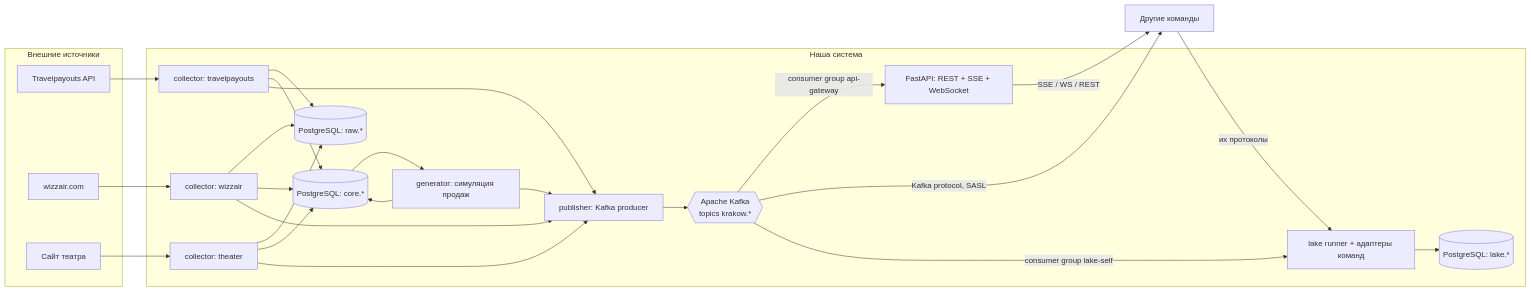
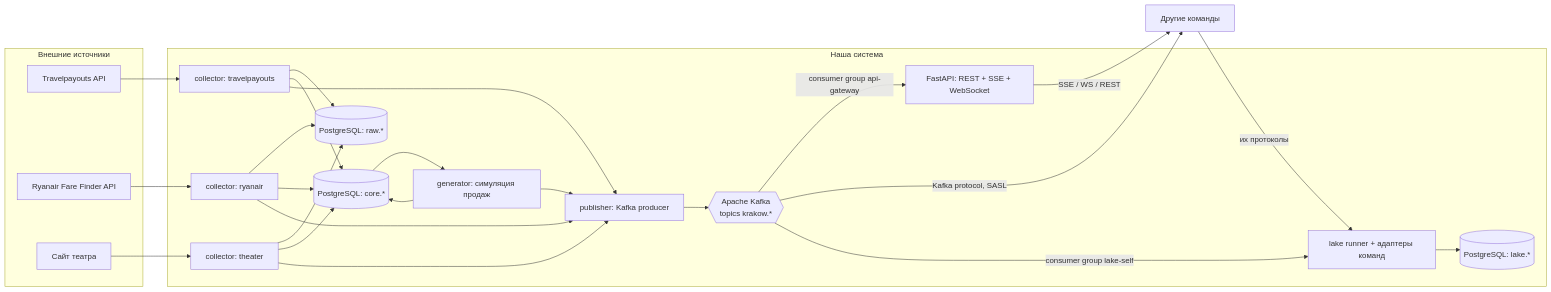
One commit to niktsh/datove_inzinierstvo changed the diagram in docs/ARCHITEKTURA.md. Above: the diagram before and after it, drawn with Mermaid. The commit also changed other lines of this file and 17 other files, not shown here.

First line of the commit message:
Ryanair collector replaces Wizz Air, shared HTTP retry helper

````diff
--- a/docs/ARCHITEKTURA.md
+++ b/docs/ARCHITEKTURA.md
@@ -5,40 +5,40 @@
 ```mermaid
 flowchart LR
   subgraph Sources[Внешние источники]
     TP[Travelpayouts API]
-    WZ[wizzair.com]
+    RY[Ryanair Fare Finder API]
     TH[Сайт театра]
   end
 
   subgraph Us[Наша система]
     C1[collector: travelpayouts]
-    C2[collector: wizzair]
+    C2[collector: ryanair]
     C3[collector: theater]
     RAW[(PostgreSQL: raw.*)]
     CORE[(PostgreSQL: core.*)]
     GEN[generator: симуляция продаж]
     PUB[publisher: Kafka producer]
     K{{Apache Kafka\ntopics krakow.*}}
     API[FastAPI: REST + SSE + WebSocket]
     LAKE[lake runner + адаптеры команд]
     LK[(PostgreSQL: lake.*)]
   end
 
   OT[Другие команды]
 
   TP --> C1
-  WZ --> C2
+  RY --> C2
   TH --> C3
   C1 & C2 & C3 --> RAW
   C1 & C2 & C3 --> CORE
   CORE --> GEN
   GEN --> CORE
   C1 & C2 & C3 & GEN --> PUB
   PUB --> K
   K -->|consumer group api-gateway| API
   K -->|Kafka protocol, SASL| OT
   API -->|SSE / WS / REST| OT
   OT -->|их протоколы| LAKE
   K -->|consumer group lake-self| LAKE
   LAKE --> LK
 ```
````
